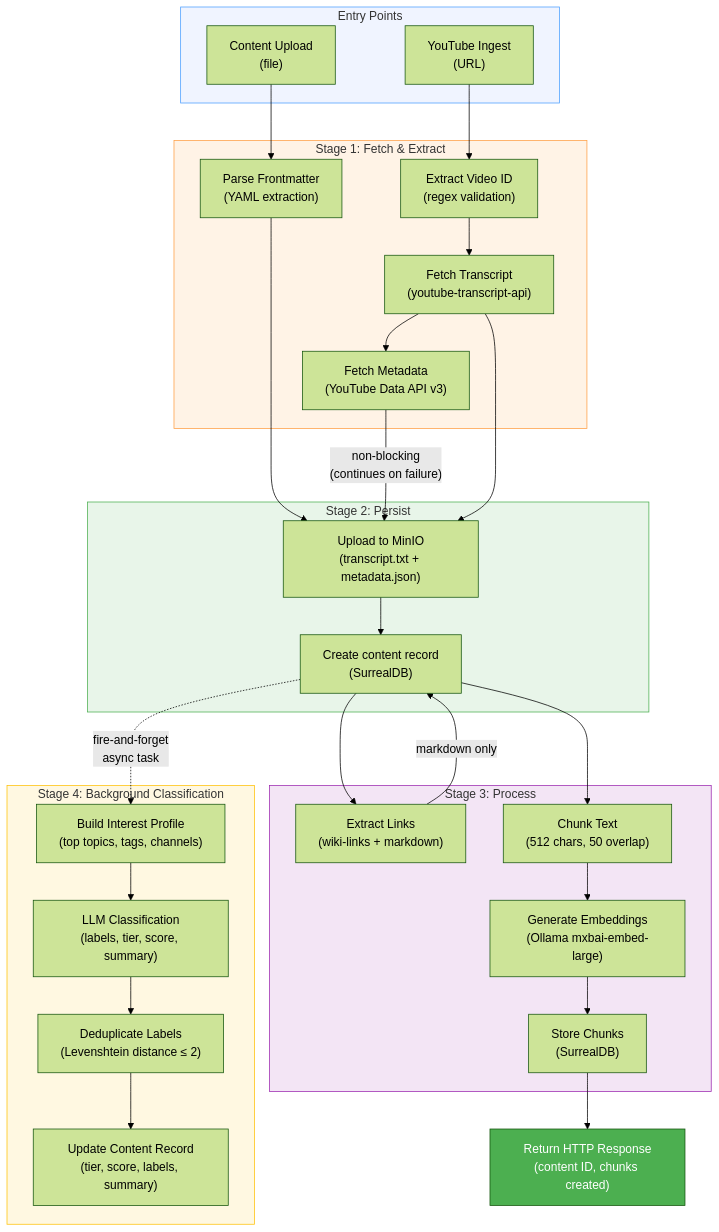
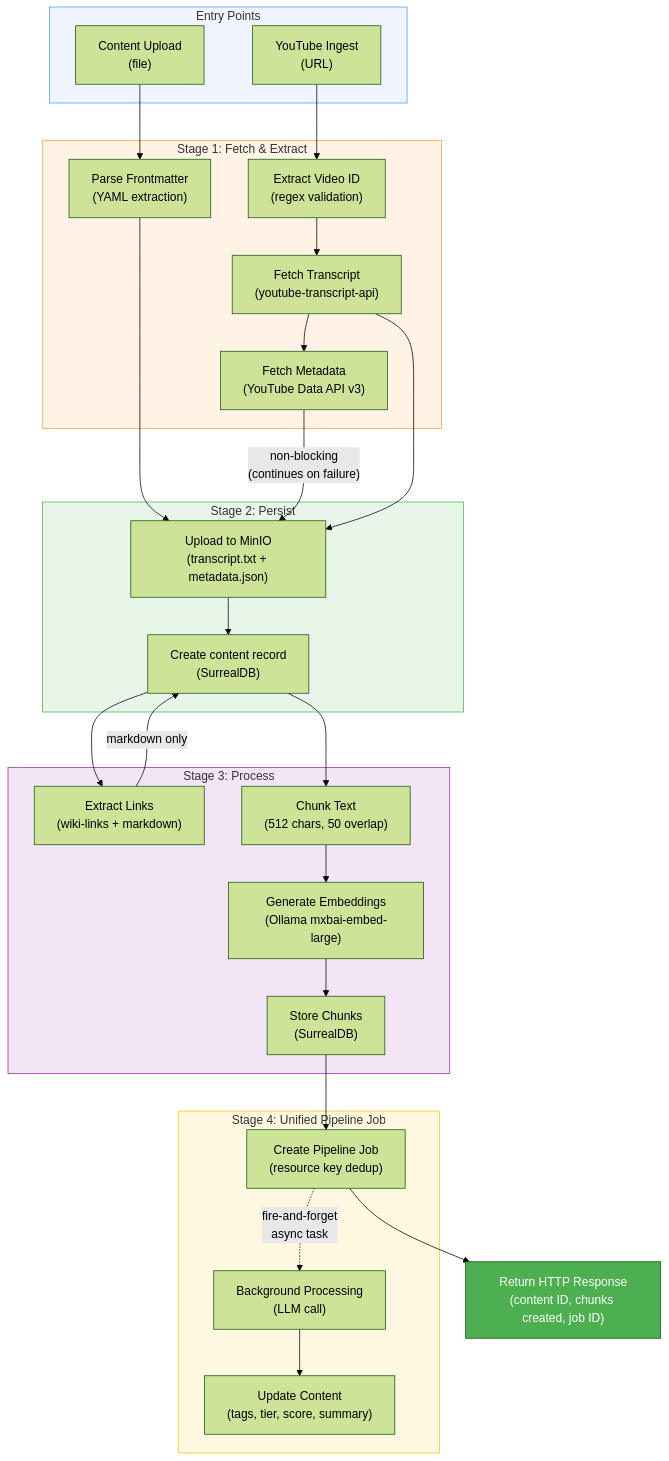
The second of 9 diagrams in docs/ingest-pipeline.md (ilude/menos), drawn with Mermaid (forest theme) before and after one commit. The commit also changed other lines of this file and 46 other files, not shown here.

````diff
--- a/docs/ingest-pipeline.md
+++ b/docs/ingest-pipeline.md
@@ -28,60 +28,60 @@
 ```mermaid
 flowchart TD
     subgraph Entry["Entry Points"]
         YI["YouTube Ingest\n(URL)"]
         CU["Content Upload\n(file)"]
     end
 
     subgraph Fetch["Stage 1: Fetch & Extract"]
         VID["Extract Video ID\n(regex validation)"]
         TF["Fetch Transcript\n(youtube-transcript-api)"]
         MF["Fetch Metadata\n(YouTube Data API v3)"]
         FP["Parse Frontmatter\n(YAML extraction)"]
     end
 
     subgraph Store["Stage 2: Persist"]
         MINIO["Upload to MinIO\n(transcript.txt + metadata.json)"]
         SURREAL["Create content record\n(SurrealDB)"]
     end
 
     subgraph Process["Stage 3: Process"]
         LINK["Extract Links\n(wiki-links + markdown)"]
         CHUNK["Chunk Text\n(512 chars, 50 overlap)"]
         EMBED["Generate Embeddings\n(Ollama mxbai-embed-large)"]
         STORE_CHUNKS["Store Chunks\n(SurrealDB)"]
     end
 
-    subgraph Classify["Stage 4: Background Classification"]
-        PROFILE["Build Interest Profile\n(top topics, tags, channels)"]
-        LLM["LLM Classification\n(labels, tier, score, summary)"]
-        DEDUP["Deduplicate Labels\n(Levenshtein distance ≤ 2)"]
-        SAVE["Update Content Record\n(tier, score, labels, summary)"]
+    subgraph Pipeline["Stage 4: Unified Pipeline Job"]
+        SUBMIT["Create Pipeline Job\n(resource key dedup)"]
+        PROCESS_JOB["Background Processing\n(LLM call)"]
+        UPDATE["Update Content\n(tags, tier, score, summary)"]
     end
 
-    RESPONSE["Return HTTP Response\n(content ID, chunks created)"]
+    RESPONSE["Return HTTP Response\n(content ID, chunks created, job ID)"]
 
     YI --> VID --> TF
     TF --> MF
     CU --> FP --> MINIO
 
     MF -->|"non-blocking\n(continues on failure)"| MINIO
     TF --> MINIO
     MINIO --> SURREAL
 
     SURREAL --> LINK
     SURREAL --> CHUNK
     LINK -->|"markdown only"| SURREAL
     CHUNK --> EMBED --> STORE_CHUNKS
 
-    STORE_CHUNKS --> RESPONSE
+    STORE_CHUNKS --> SUBMIT
+    SUBMIT --> RESPONSE
 
-    SURREAL -.->|"fire-and-forget\nasync task"| PROFILE
-    PROFILE --> LLM --> DEDUP --> SAVE
+    SUBMIT -.->|"fire-and-forget\nasync task"| PROCESS_JOB
+    PROCESS_JOB --> UPDATE
 
     style Entry fill:#f0f4ff,stroke:#4a9eff
     style Fetch fill:#fff3e6,stroke:#ff9f43
     style Store fill:#e8f5e9,stroke:#4caf50
     style Process fill:#f3e5f5,stroke:#9c27b0
-    style Classify fill:#fff8e1,stroke:#ffc107
+    style Pipeline fill:#fff8e1,stroke:#ffc107
     style RESPONSE fill:#4caf50,color:#fff
 ```
````
